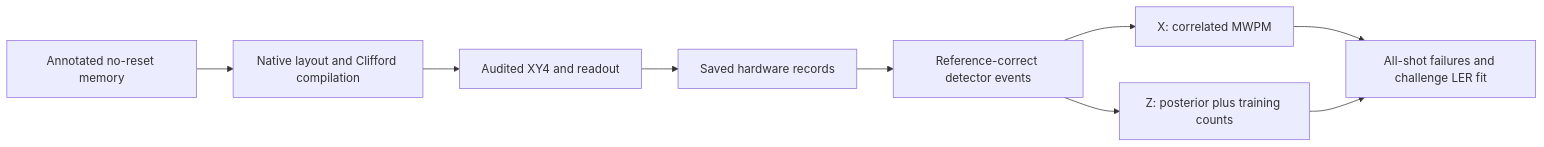
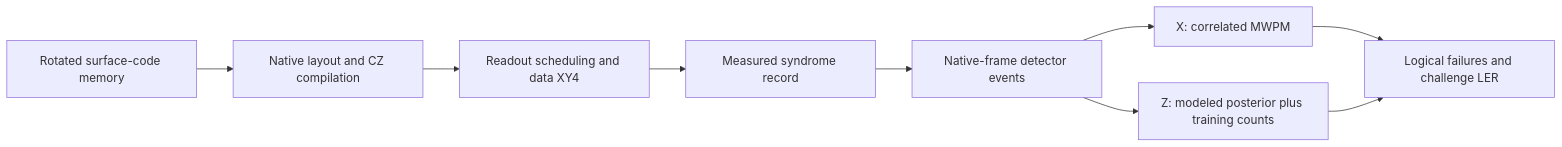
Before and after one commit to Trade42/duquantumIQM: the diagram in README.md, drawn with Mermaid. The commit also changed other lines of this file and 3084 other files, not shown here.

````diff
--- a/README.md
+++ b/README.md
@@ -35,11 +31,11 @@
 ```mermaid
 flowchart LR
-    A[Annotated no-reset memory] --> B[Native layout and Clifford compilation]
-    B --> C[Audited XY4 and readout]
-    C --> D[Saved hardware records]
-    D --> E[Reference-correct detector events]
+    A[Rotated surface-code memory] --> B[Native layout and CZ compilation]
+    B --> C[Readout scheduling and data XY4]
+    C --> D[Measured syndrome record]
+    D --> E[Native-frame detector events]
     E --> X[X: correlated MWPM]
-    E --> Z[Z: posterior plus training counts]
-    X --> F[All-shot failures and challenge LER fit]
+    E --> Z[Z: modeled posterior plus training counts]
+    X --> F[Logical failures and challenge LER]
     Z --> F
 ```
````
